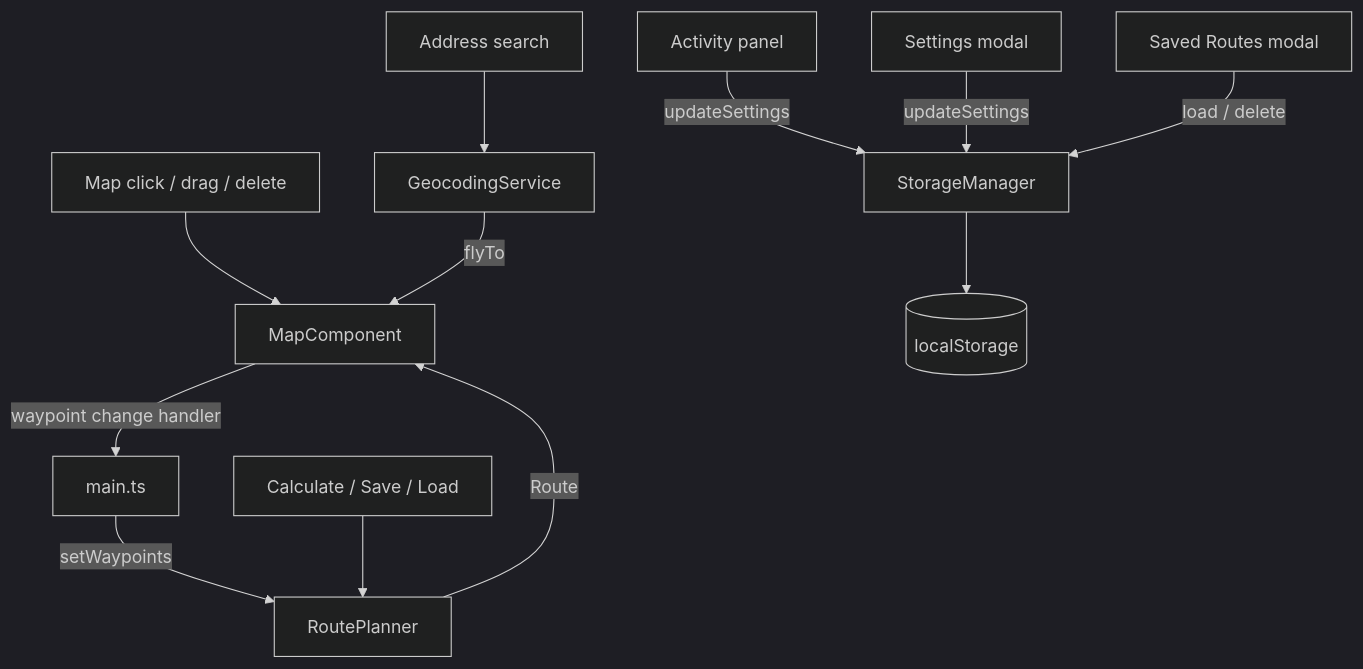
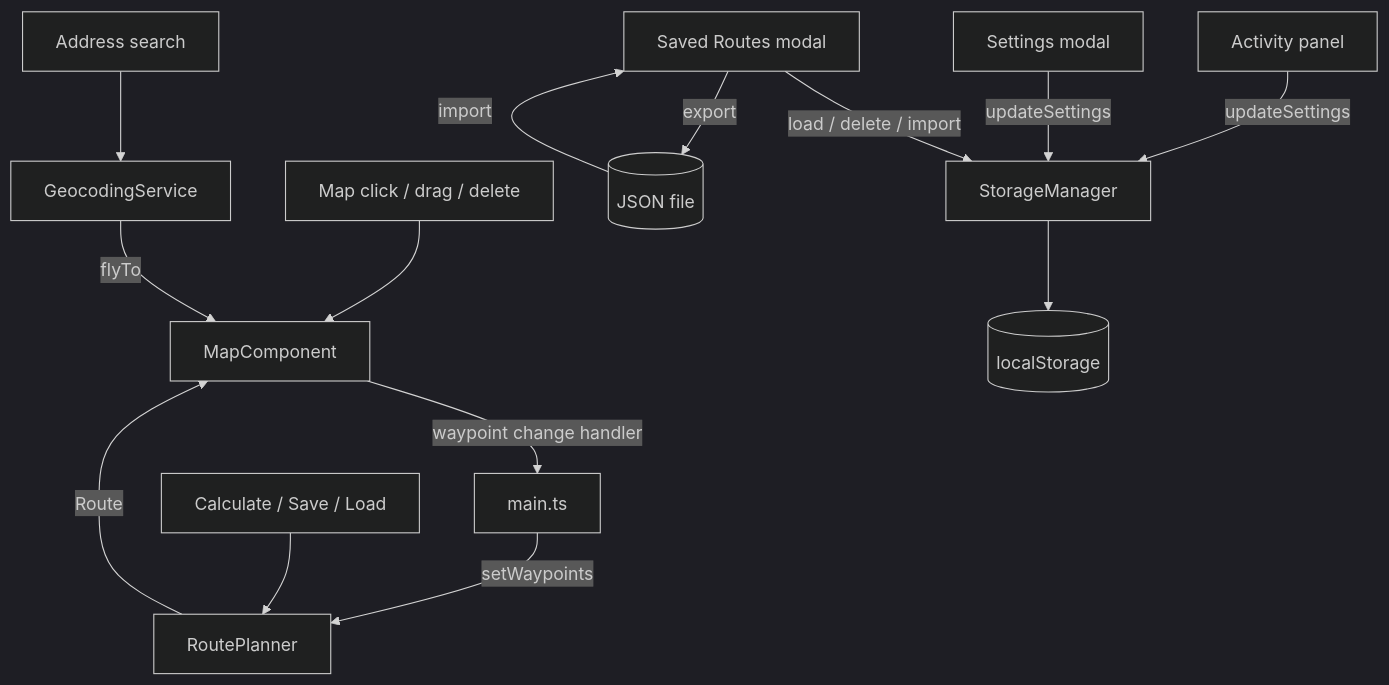
The diagram in docs/architecture.md (xPTM1219/cardio-planner), drawn with Mermaid (dark theme) before and after one commit. The commit also changed other lines of this file and 27 other files, not shown here.

````diff
--- a/docs/architecture.md
+++ b/docs/architecture.md
@@ -73,13 +85,15 @@
 ```mermaid
 graph TD
     A[Map click / drag / delete] --> B[MapComponent]
     B -->|waypoint change handler| C[main.ts]
     C -->|setWaypoints| D[RoutePlanner]
     E[Calculate / Save / Load] --> D
     D -->|Route| B
     F[Activity panel] -->|updateSettings| G[StorageManager]
     H[Settings modal] -->|updateSettings| G
     G --> I[(localStorage)]
-    J[Saved Routes modal] -->|load / delete| G
+    J[Saved Routes modal] -->|load / delete / import| G
+    J -->|export| M[(JSON file)]
+    M -->|import| J
     K[Address search] --> L[GeocodingService] -->|flyTo| B
 ```
````
